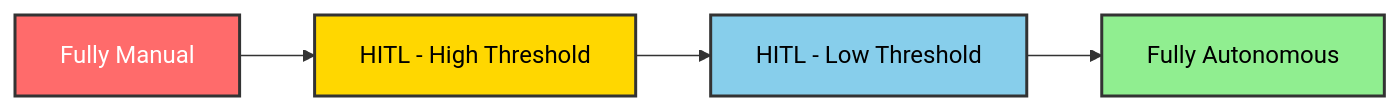
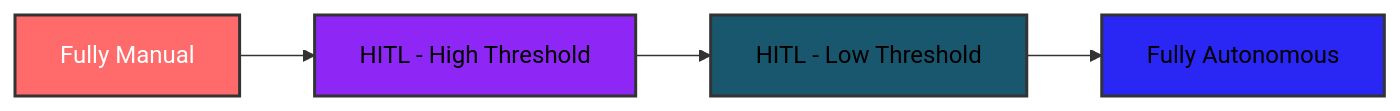
The sixth of 6 diagrams in docs/docs/section-2/step-05.md (OpenLiberty/liberty-workshop-langchain4j), drawn with Mermaid before and after one commit. The commit also changed other lines of this file and 10 other files, not shown here.

````diff
--- a/docs/docs/section-2/step-05.md
+++ b/docs/docs/section-2/step-05.md
@@ -473,11 +512,11 @@
 ```mermaid
 graph LR
     A["Fully Manual"] --> B["HITL - High Threshold"]
     B --> C["HITL - Low Threshold"]
     C --> D["Fully Autonomous"]
 
     style A fill:#FF6B6B,stroke:#333,stroke-width:2,color:#fff
-    style B fill:#FFD700,stroke:#333,stroke-width:2,color:#000
-    style C fill:#87CEEB,stroke:#333,stroke-width:2,color:#000
-    style D fill:#90EE90,stroke:#333,stroke-width:2,color:#000
+    style B fill:#8E27F5,stroke:#333,stroke-width:2,color:#000
+    style C fill:#19576E,stroke:#333,stroke-width:2,color:#000
+    style D fill:#2A27F5,stroke:#333,stroke-width:2,color:#000
 ```
````
